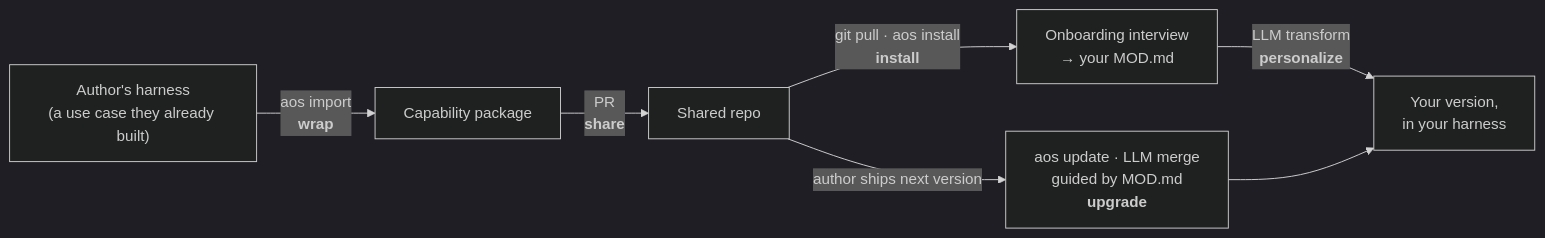
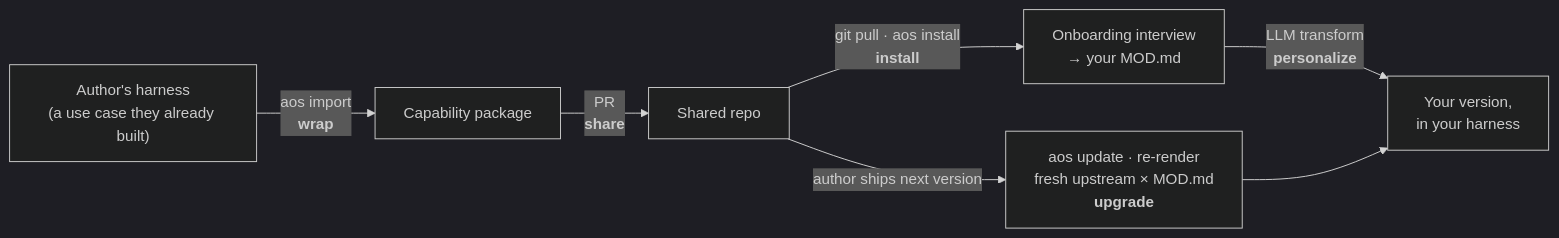
Before and after one commit to AlmogBaku/aos: the first of 4 diagrams in ARCHITECTURE.md, drawn with Mermaid (dark theme). The commit also changed other lines of this file and 4 other files, not shown here.

First line of the commit message:
spec: review fixes — retire merge wording everywhere, RFC-004 outcome in §5.4/install-flow, roster of four, path staleness

````diff
--- a/ARCHITECTURE.md
+++ b/ARCHITECTURE.md
@@ -47,9 +47,9 @@
 ```mermaid
 flowchart LR
     A["Author's harness<br/>(a use case they already built)"] -->|"aos import<br/><b>wrap</b>"| B["Capability package"]
     B -->|"PR<br/><b>share</b>"| C["Shared repo"]
     C -->|"git pull · aos install<br/><b>install</b>"| D["Onboarding interview<br/>→ your MOD.md"]
     D -->|"LLM transform<br/><b>personalize</b>"| E["Your version,<br/>in your harness"]
-    C -->|"author ships next version"| F["aos update · LLM merge<br/>guided by MOD.md<br/><b>upgrade</b>"]
+    C -->|"author ships next version"| F["aos update · re-render<br/>fresh upstream × MOD.md<br/><b>upgrade</b>"]
     F --> E
 ```
````
